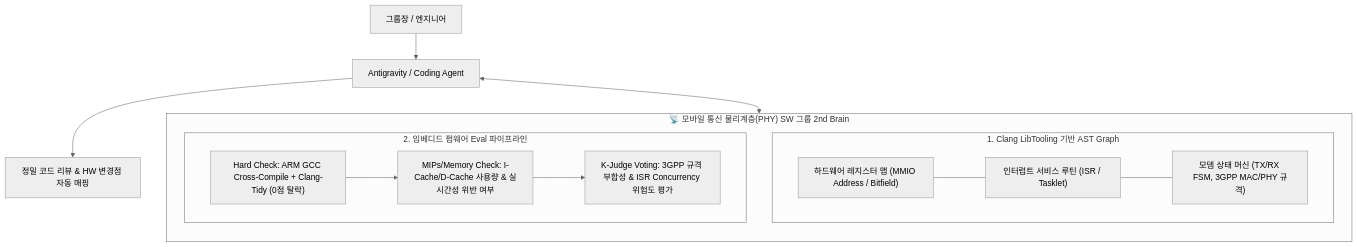
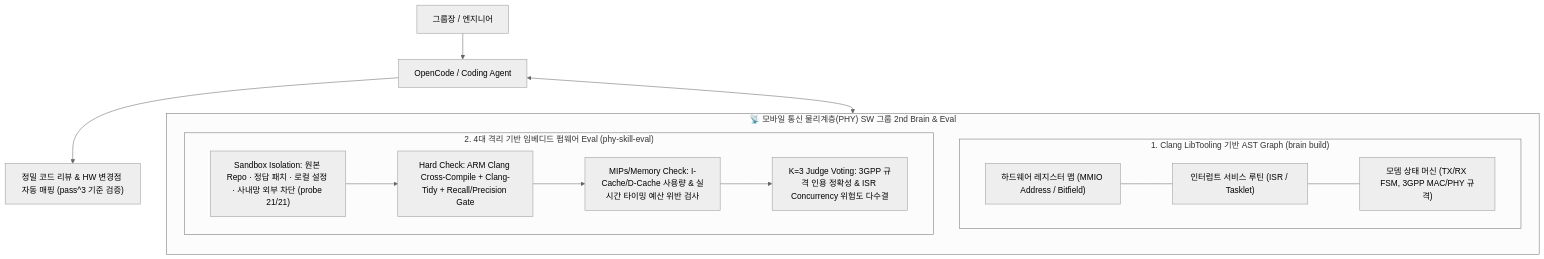
The second of 2 diagrams in _sources/Study/AI-Lectures/실밸개발자/20261108_2ndBrain_and_Eval/01_Meta_Senior_2ndBrain_and_Eval_Notes.md (KIHOKIL/MyWiki), drawn with Mermaid (neutral theme) before and after one commit. The commit also changed other lines of this file and 9 other files, not shown here.

Commit message:
feat(study): enrich 2ndBrain & Eval notes/HTML/PPTX with instructor slides, second-brain-eval-kit code, and 4-pillar sandbox isolation

````diff
--- a/_sources/Study/AI-Lectures/실밸개발자/20261108_2ndBrain_and_Eval/01_Meta_Senior_2ndBrain_and_Eval_Notes.md
+++ b/_sources/Study/AI-Lectures/실밸개발자/20261108_2ndBrain_and_Eval/01_Meta_Senior_2ndBrain_and_Eval_Notes.md
@@ -234,23 +342,24 @@
 ```mermaid
 flowchart TD
-    subgraph MyGroup["📡 모바일 통신 물리계층(PHY) SW 그룹 2nd Brain"]
+    subgraph MyGroup["📡 모바일 통신 물리계층(PHY) SW 그룹 2nd Brain & Eval"]
         direction TB
-        subgraph CodeGraph["1. Clang LibTooling 기반 AST Graph"]
+        subgraph CodeGraph["1. Clang LibTooling 기반 AST Graph (brain build)"]
             RegMap["하드웨어 레지스터 맵 (MMIO Address / Bitfield)"]
             ISR["인터럽트 서비스 루틴 (ISR / Tasklet)"]
             StateM["모뎀 상태 머신 (TX/RX FSM, 3GPP MAC/PHY 규격)"]
             RegMap --- ISR --- StateM
         end
 
-        subgraph EvalHarness["2. 임베디드 펌웨어 Eval 파이프라인"]
-            E1["Hard Check: ARM GCC Cross-Compile + Clang-Tidy (0점 탈락)"]
-            E2["MIPs/Memory Check: I-Cache/D-Cache 사용량 & 실시간성 위반 여부"]
-            E3["K-Judge Voting: 3GPP 규격 부합성 & ISR Concurrency 위험도 평가"]
-            E1 --> E2 --> E3
+        subgraph EvalHarness["2. 4대 격리 기반 임베디드 펌웨어 Eval (phy-skill-eval)"]
+            E0["Sandbox Isolation: 원본 Repo · 정답 패치 · 로컬 설정 · 사내망 외부 차단 (probe 21/21)"]
+            E1["Hard Check: ARM Clang Cross-Compile + Clang-Tidy + Recall/Precision Gate"]
+            E2["MIPs/Memory Check: I-Cache/D-Cache 사용량 & 실시간 타이밍 예산 위반 검사"]
+            E3["K=3 Judge Voting: 3GPP 규격 인용 정확성 & ISR Concurrency 위험도 다수결"]
+            E0 --> E1 --> E2 --> E3
         end
     end
 
-    Dev["그룹장 / 엔지니어"] --> Agent["Antigravity / Coding Agent"]
+    Dev["그룹장 / 엔지니어"] --> Agent["OpenCode / Coding Agent"]
     Agent <--> MyGroup
-    Agent --> Review["정밀 코드 리뷰 & HW 변경점 자동 매핑"]
+    Agent --> Review["정밀 코드 리뷰 & HW 변경점 자동 매핑 (pass^3 기준 검증)"]
 ```
````
